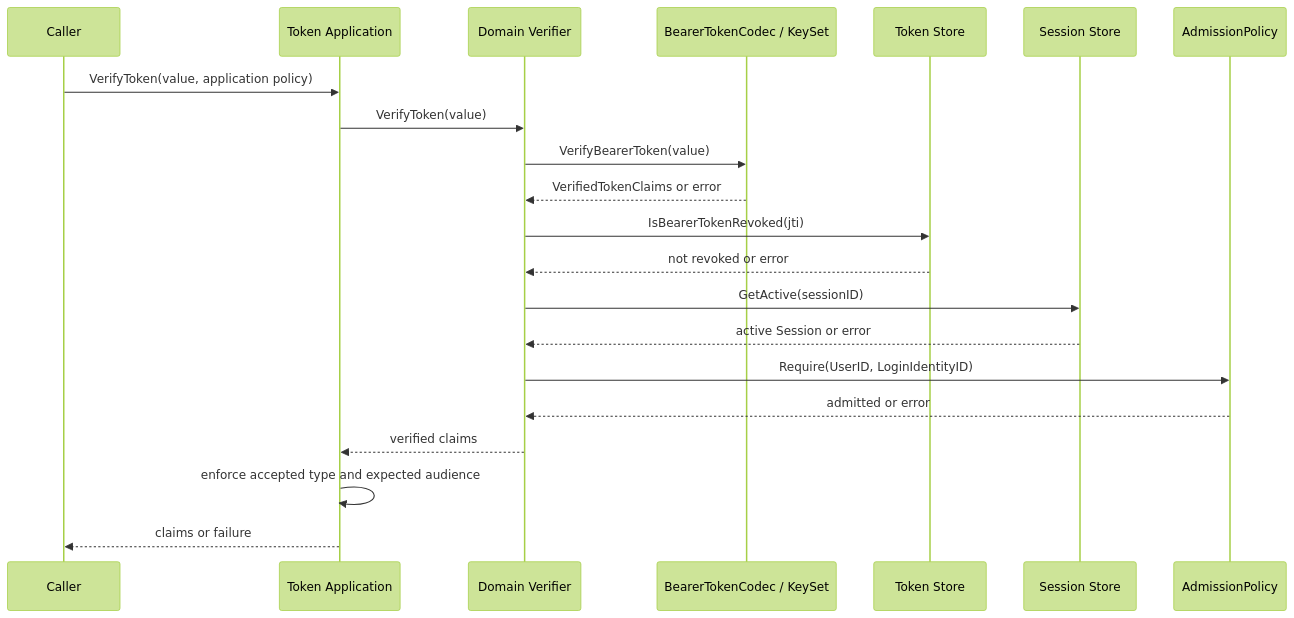
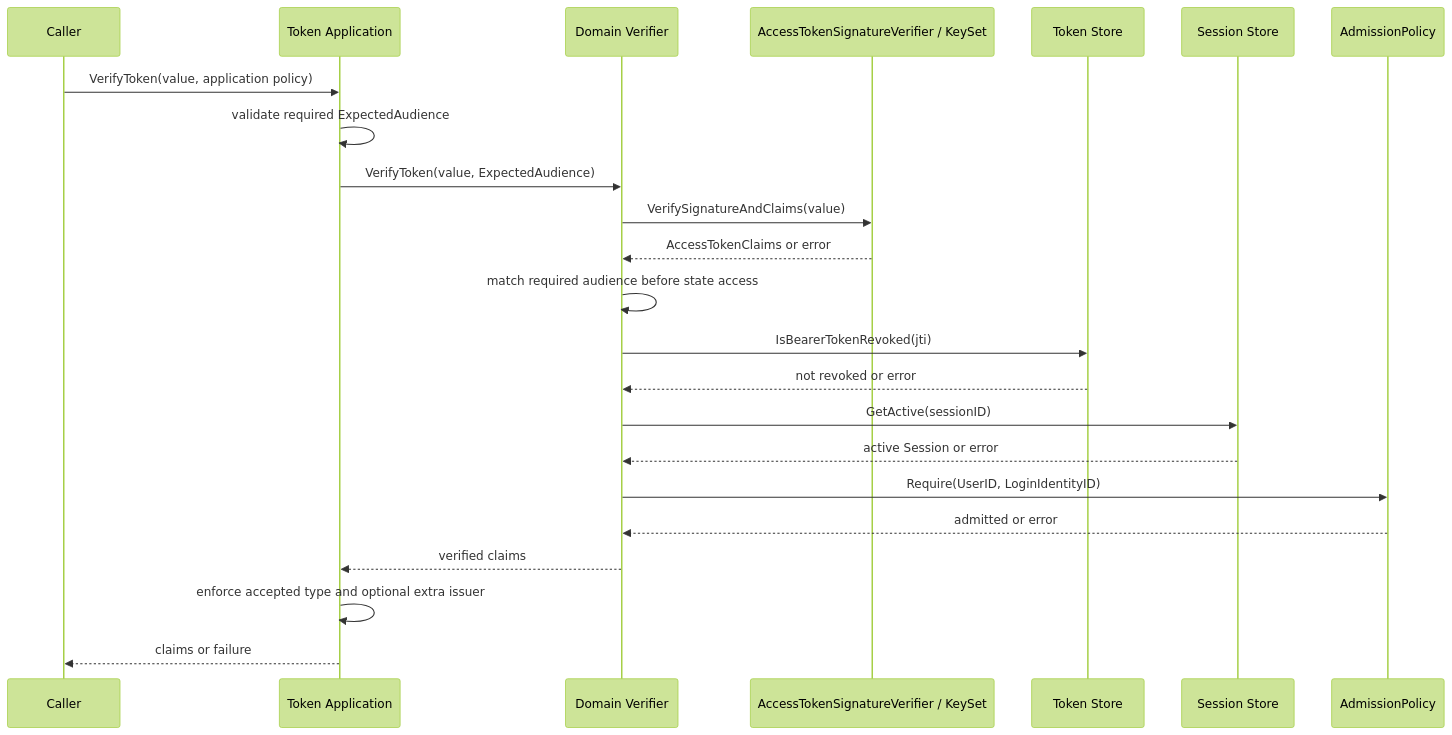
One commit to FangcunMount/iam-contracts changed the second of 7 diagrams in docs/02-业务模块/02-AuthN/05-关键链路-Token签发刷新吊销.md. Above: the diagram before and after it, drawn with Mermaid (forest theme). The commit also changed other lines of this file and 125 other files, not shown here.

````diff
--- a/docs/02-业务模块/02-AuthN/05-关键链路-Token签发刷新吊销.md
+++ b/docs/02-业务模块/02-AuthN/05-关键链路-Token签发刷新吊销.md
@@ -76,23 +76,25 @@
 ```mermaid
 sequenceDiagram
     participant C as Caller
     participant A as Token Application
     participant V as Domain Verifier
-    participant Codec as BearerTokenCodec / KeySet
+    participant Codec as AccessTokenSignatureVerifier / KeySet
     participant TS as Token Store
     participant SS as Session Store
     participant AP as AdmissionPolicy
     C->>A: VerifyToken(value, application policy)
-    A->>V: VerifyToken(value)
-    V->>Codec: VerifyBearerToken(value)
-    Codec-->>V: VerifiedTokenClaims or error
+    A->>A: validate required ExpectedAudience
+    A->>V: VerifyToken(value, ExpectedAudience)
+    V->>Codec: VerifySignatureAndClaims(value)
+    Codec-->>V: AccessTokenClaims or error
+    V->>V: match required audience before state access
     V->>TS: IsBearerTokenRevoked(jti)
     TS-->>V: not revoked or error
     V->>SS: GetActive(sessionID)
     SS-->>V: active Session or error
     V->>AP: Require(UserID, LoginIdentityID)
     AP-->>V: admitted or error
     V-->>A: verified claims
-    A->>A: enforce accepted type and expected audience
+    A->>A: enforce accepted type and optional extra issuer
     A-->>C: claims or failure
 ```
````
